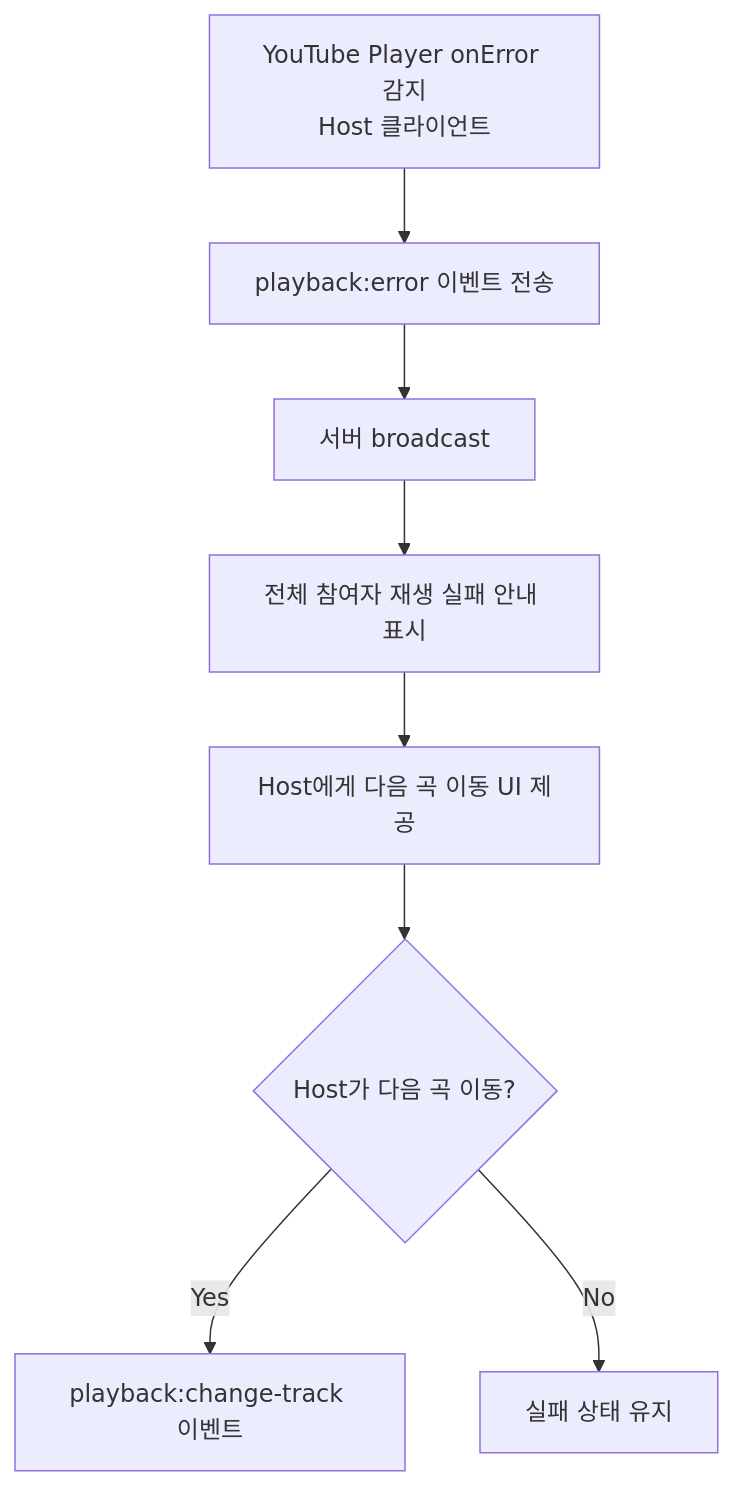
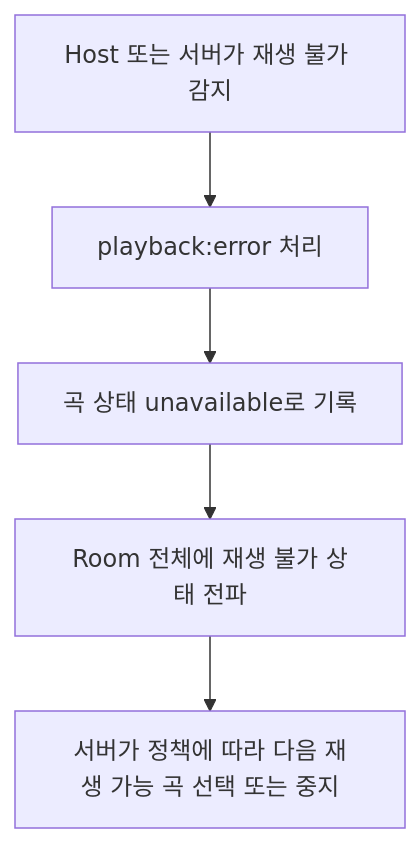
The fifth of 5 diagrams in docs/03-realtime-sync-design.md (TechUP-SYFITY/SYFITY), drawn with Mermaid before and after one commit. The commit also changed other lines of this file and 11 other files, not shown here.

````diff
--- a/docs/03-realtime-sync-design.md
+++ b/docs/03-realtime-sync-design.md
@@ -280,11 +266,7 @@
 ```mermaid
 flowchart TD
-    A[YouTube Player onError 감지<br>Host 클라이언트]
-    A --> B[playback:error 이벤트 전송]
-    B --> C[서버 broadcast]
-    C --> D[전체 참여자 재생 실패 안내 표시]
-    D --> E[Host에게 다음 곡 이동 UI 제공]
-    E --> F{Host가 다음 곡 이동?}
-    F -->|Yes| G[playback:change-track 이벤트]
-    F -->|No| H[실패 상태 유지]
+    A[Host 또는 서버가 재생 불가 감지] --> B[playback:error 처리]
+    B --> C[곡 상태 unavailable로 기록]
+    C --> D[Room 전체에 재생 불가 상태 전파]
+    D --> E[서버가 정책에 따라 다음 재생 가능 곡 선택 또는 중지]
 ```
````
